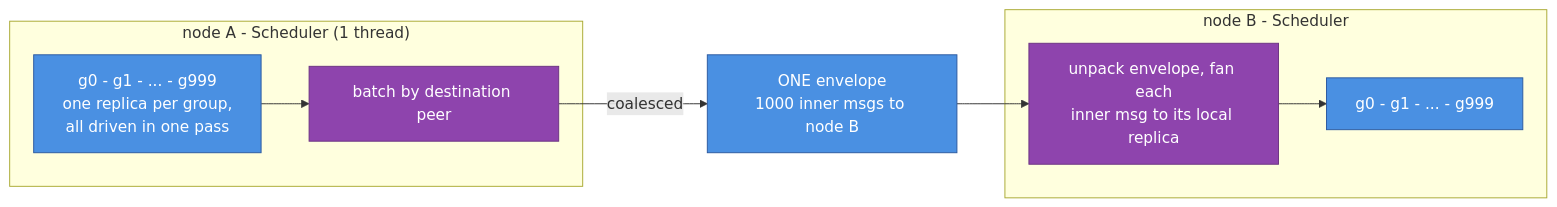
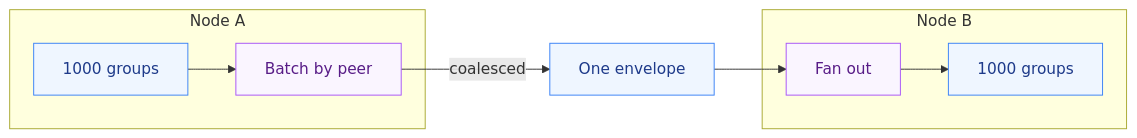
One commit to parag-labs/multi-raft changed the diagram in README.md. Above: the diagram before and after it, drawn with Mermaid.

Commit message:
Simplify the README diagram: short labels, softer palette

````diff
--- a/README.md
+++ b/README.md
@@ -55,15 +55,15 @@
 ```mermaid
 flowchart LR
-  classDef proc fill:#4a90e2,stroke:#2c5aa0,color:#fff
-  classDef work fill:#8e44ad,stroke:#6c3483,color:#fff
-  subgraph A["node A - Scheduler (1 thread)"]
-    GA["g0 - g1 - ... - g999<br/>one replica per group,<br/>all driven in one pass"]:::proc
-    BATCH["batch by destination peer"]:::work
+  classDef proc fill:#eff6ff,stroke:#3b82f6,color:#1e3a8a
+  classDef work fill:#faf5ff,stroke:#a855f7,color:#581c87
+  subgraph A["Node A"]
+    GA["1000 groups"]:::proc
+    BATCH["Batch by peer"]:::work
   end
-  ENV["ONE envelope<br/>1000 inner msgs to node B"]:::proc
-  subgraph B["node B - Scheduler"]
-    UNPACK["unpack envelope, fan each<br/>inner msg to its local replica"]:::work
-    GB["g0 - g1 - ... - g999"]:::proc
+  ENV["One envelope"]:::proc
+  subgraph B["Node B"]
+    UNPACK["Fan out"]:::work
+    GB["1000 groups"]:::proc
   end
   GA --> BATCH -->|coalesced| ENV --> UNPACK --> GB
 ```
````
